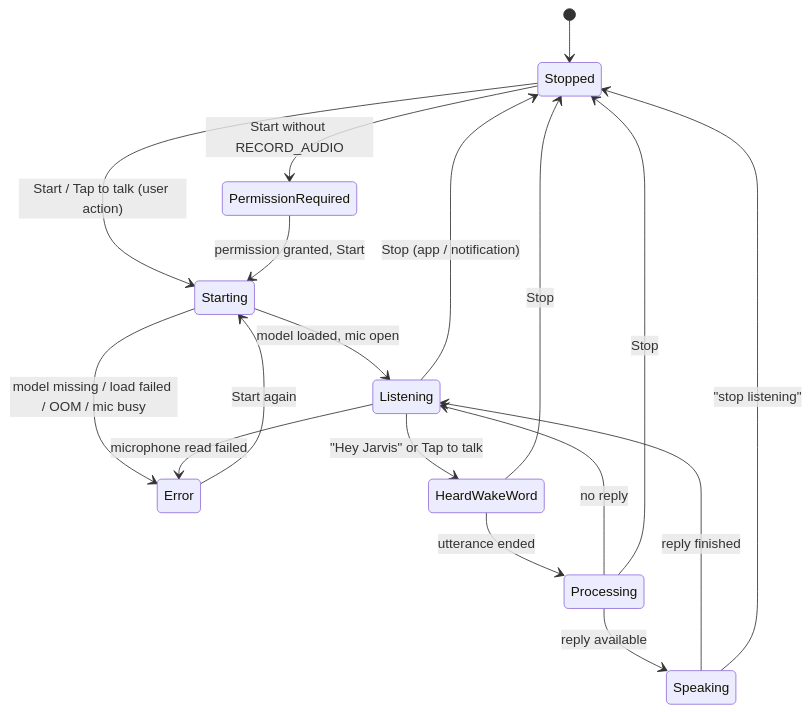
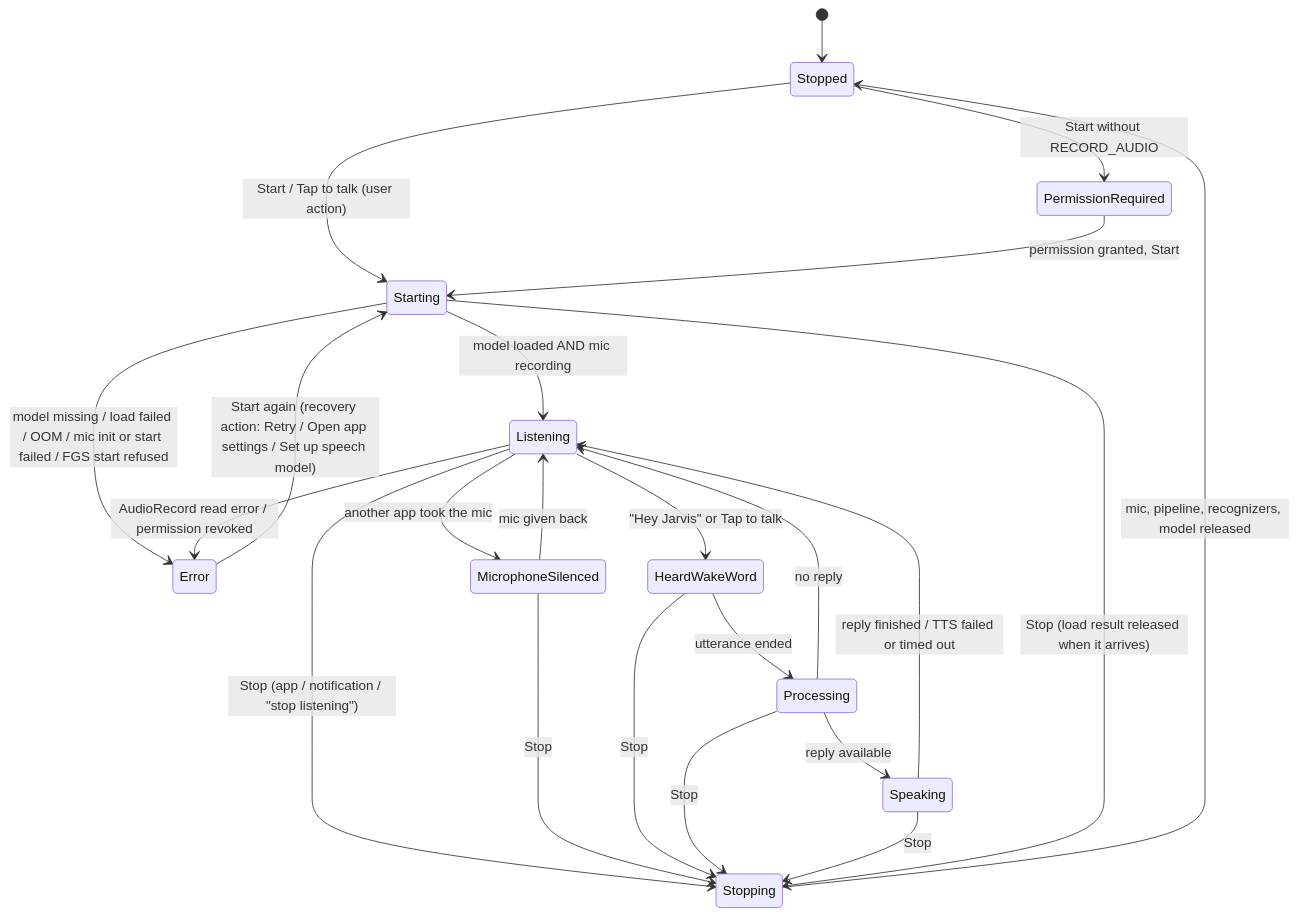
One commit to Sinha28Shivam/AI-Mobile-Automation changed the second of 2 diagrams in docs/ARCHITECTURE.md. Above: the diagram before and after it, drawn with Mermaid. The commit also changed other lines of this file and 80 other files, not shown here.

First line of the commit message:
Implement improvement roadmap: lifecycle hardening, command safety, model install, privacy, reminders, CI

````diff
--- a/docs/ARCHITECTURE.md
+++ b/docs/ARCHITECTURE.md
@@ -107,20 +188,25 @@
 ```mermaid
 stateDiagram-v2
     [*] --> Stopped
     Stopped --> PermissionRequired: Start without RECORD_AUDIO
     Stopped --> Starting: Start / Tap to talk (user action)
     PermissionRequired --> Starting: permission granted, Start
-    Starting --> Listening: model loaded, mic open
-    Starting --> Error: model missing / load failed / OOM / mic busy
+    Starting --> Listening: model loaded AND mic recording
+    Starting --> Error: model missing / load failed / OOM / mic init or start failed / FGS start refused
     Listening --> HeardWakeWord: "Hey Jarvis" or Tap to talk
+    Listening --> MicrophoneSilenced: another app took the mic
+    MicrophoneSilenced --> Listening: mic given back
     HeardWakeWord --> Processing: utterance ended
     Processing --> Speaking: reply available
     Processing --> Listening: no reply
-    Speaking --> Listening: reply finished
-    Speaking --> Stopped: "stop listening"
-    Listening --> Stopped: Stop (app / notification)
-    HeardWakeWord --> Stopped: Stop
-    Processing --> Stopped: Stop
-    Listening --> Error: microphone read failed
-    Error --> Starting: Start again
+    Speaking --> Listening: reply finished / TTS failed or timed out
+    Listening --> Stopping: Stop (app / notification / "stop listening")
+    MicrophoneSilenced --> Stopping: Stop
+    HeardWakeWord --> Stopping: Stop
+    Processing --> Stopping: Stop
+    Speaking --> Stopping: Stop
+    Starting --> Stopping: Stop (load result released when it arrives)
+    Stopping --> Stopped: mic, pipeline, recognizers, model released
+    Listening --> Error: AudioRecord read error / permission revoked
+    Error --> Starting: Start again (recovery action: Retry / Open app settings / Set up speech model)
 ```
````
